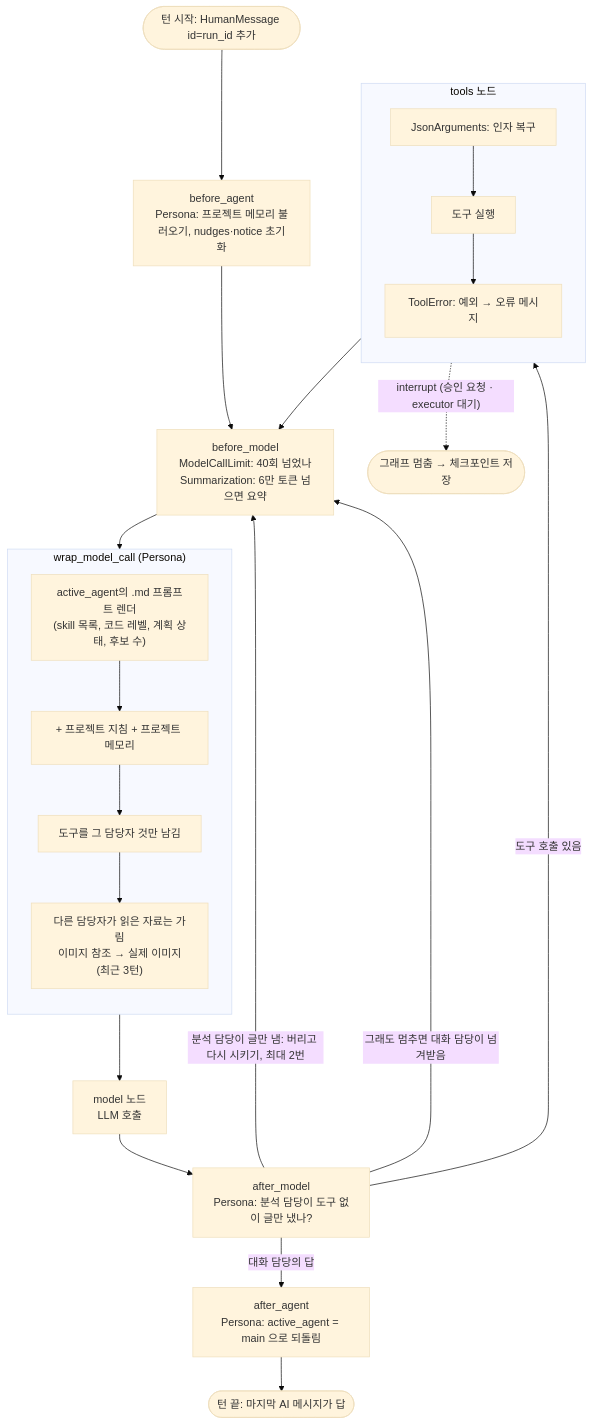
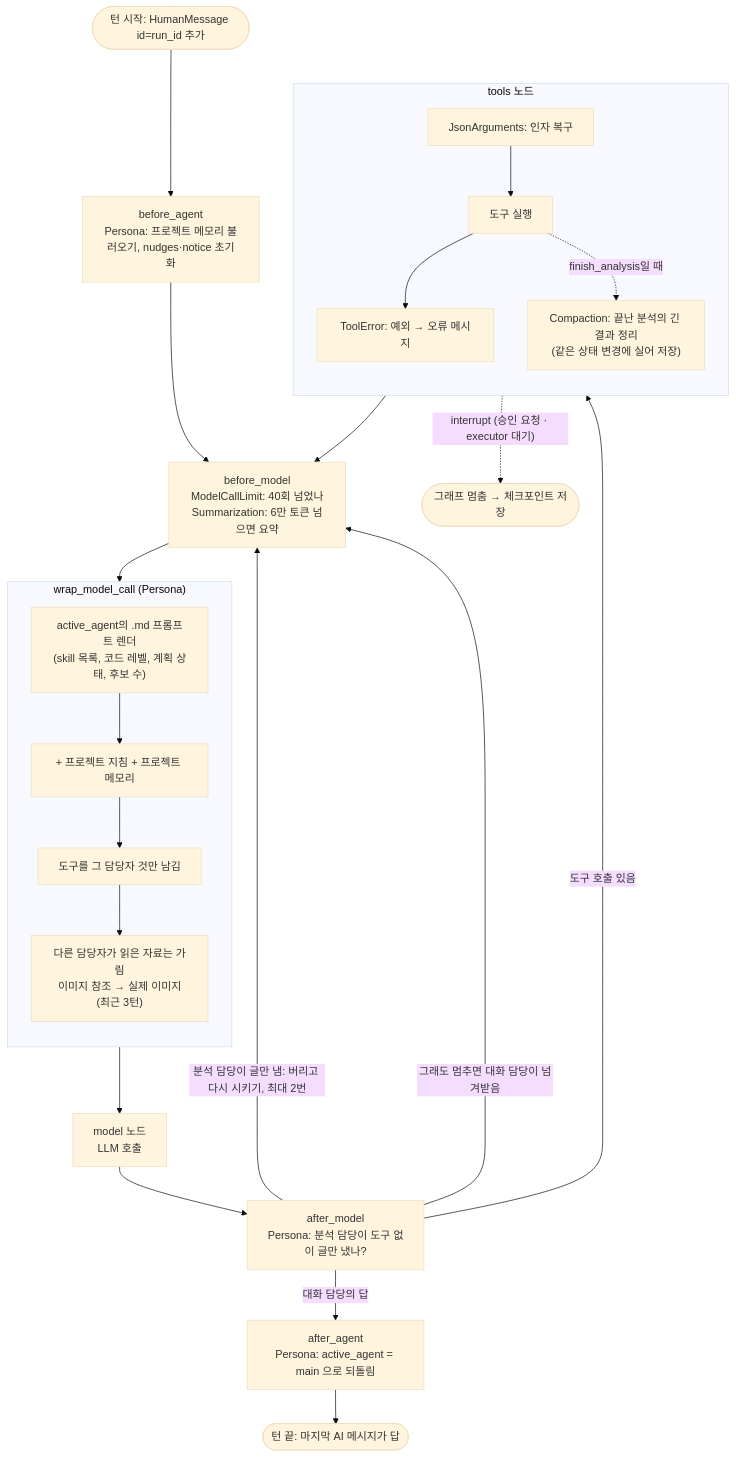
The second of 5 diagrams in docs/design/05-agent-architecture.md (KimHwaJin/pr-agentic-service), drawn with Mermaid (base theme) before and after one commit. The commit also changed other lines of this file and 1 other file, not shown here.

Commit message:
docs: compaction and summary settings; local config back to defaults

````diff
--- a/docs/design/05-agent-architecture.md
+++ b/docs/design/05-agent-architecture.md
@@ -70,27 +71,28 @@
 ```mermaid
 flowchart TD
   S([턴 시작: HumanMessage id=run_id 추가]) --> BA
   BA["before_agent<br/>Persona: 프로젝트 메모리 불러오기, nudges·notice 초기화"] --> BM
   BM["before_model<br/>ModelCallLimit: 40회 넘었나<br/>Summarization: 6만 토큰 넘으면 요약"] --> WM
   subgraph WM["wrap_model_call (Persona)"]
     direction TB
     P1["active_agent의 .md 프롬프트 렌더<br/>(skill 목록, 코드 레벨, 계획 상태, 후보 수)"]
     P2["+ 프로젝트 지침 + 프로젝트 메모리"]
     P3["도구를 그 담당자 것만 남김"]
     P4["다른 담당자가 읽은 자료는 가림<br/>이미지 참조 → 실제 이미지(최근 3턴)"]
     P1 --> P2 --> P3 --> P4
   end
   WM --> M["model 노드<br/>LLM 호출"]
   M --> AM["after_model<br/>Persona: 분석 담당이 도구 없이 글만 냈나?"]
   AM -->|"도구 호출 있음"| T
   AM -->|"분석 담당이 글만 냄: 버리고 다시 시키기, 최대 2번"| BM
   AM -->|"그래도 멈추면 대화 담당이 넘겨받음"| BM
   AM -->|"대화 담당의 답"| AA
   subgraph T["tools 노드"]
     direction TB
     J["JsonArguments: 인자 복구"] --> X["도구 실행"] --> E["ToolError: 예외 → 오류 메시지"]
+    X -. "finish_analysis일 때" .-> C["Compaction: 끝난 분석의 긴 결과 정리<br/>(같은 상태 변경에 실어 저장)"]
   end
   T --> BM
   X -. "interrupt (승인 요청 · executor 대기)" .-> PAUSE([그래프 멈춤 → 체크포인트 저장])
   AA["after_agent<br/>Persona: active_agent = main 으로 되돌림"] --> END([턴 끝: 마지막 AI 메시지가 답])
 ```
````
